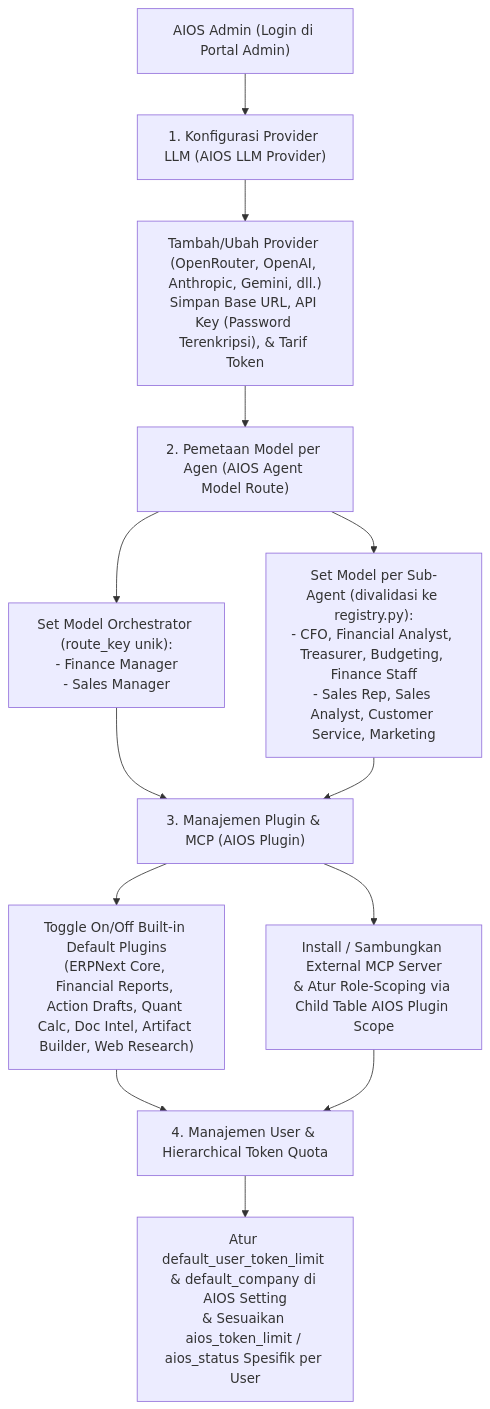
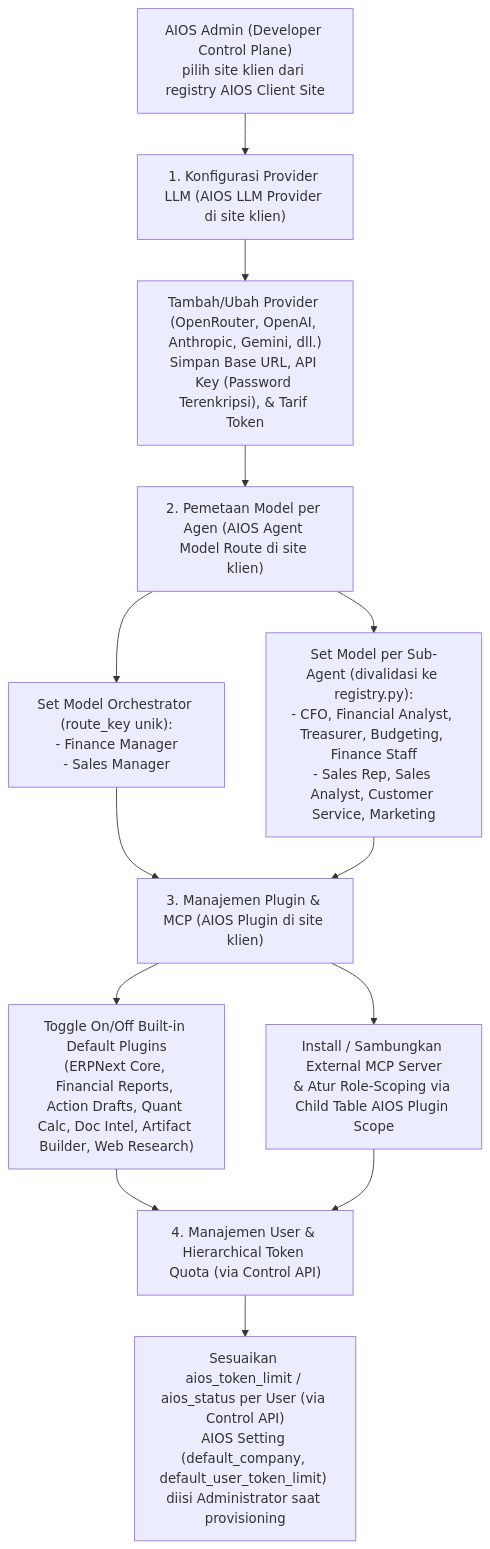
The second of 7 diagrams in docs/04-alur-kerja-sistem.md (Tenshi1308/aios-frappe-16), drawn with Mermaid before and after one commit. The commit also changed other lines of this file and 7 other files, not shown here.

First line of the commit message:
docs(spec): developer control plane + koreksi izin AIOS Control

````diff
--- a/docs/04-alur-kerja-sistem.md
+++ b/docs/04-alur-kerja-sistem.md
@@ -52,15 +56,15 @@
 ```mermaid
 flowchart TD
-    Admin["AIOS Admin (Login di Portal Admin)"] --> Prov["1. Konfigurasi Provider LLM (AIOS LLM Provider)"]
+    Admin["AIOS Admin (Developer Control Plane)<br/>pilih site klien dari registry AIOS Client Site"] --> Prov["1. Konfigurasi Provider LLM (AIOS LLM Provider di site klien)"]
     Prov --> ProvDetail["Tambah/Ubah Provider (OpenRouter, OpenAI, Anthropic, Gemini, dll.)\nSimpan Base URL, API Key (Password Terenkripsi), & Tarif Token"]
-    ProvDetail --> Route["2. Pemetaan Model per Agen (AIOS Agent Model Route)"]
+    ProvDetail --> Route["2. Pemetaan Model per Agen (AIOS Agent Model Route di site klien)"]
     Route --> RouteOrch["Set Model Orchestrator (route_key unik):\n- Finance Manager\n- Sales Manager"]
     Route --> RouteSub["Set Model per Sub-Agent (divalidasi ke registry.py):\n- CFO, Financial Analyst, Treasurer, Budgeting, Finance Staff\n- Sales Rep, Sales Analyst, Customer Service, Marketing"]
-    RouteOrch --> Plugin["3. Manajemen Plugin & MCP (AIOS Plugin)"]
+    RouteOrch --> Plugin["3. Manajemen Plugin & MCP (AIOS Plugin di site klien)"]
     RouteSub --> Plugin
     Plugin --> PluginBuiltIn["Toggle On/Off Built-in Default Plugins\n(ERPNext Core, Financial Reports, Action Drafts, Quant Calc, Doc Intel, Artifact Builder, Web Research)"]
     Plugin --> PluginExt["Install / Sambungkan External MCP Server\n& Atur Role-Scoping via Child Table AIOS Plugin Scope"]
-    PluginBuiltIn --> Quota["4. Manajemen User & Hierarchical Token Quota"]
+    PluginBuiltIn --> Quota["4. Manajemen User & Hierarchical Token Quota (via Control API)"]
     PluginExt --> Quota
-    Quota --> QuotaDetail["Atur default_user_token_limit & default_company di AIOS Setting\n& Sesuaikan aios_token_limit / aios_status Spesifik per User"]
+    Quota --> QuotaDetail["Sesuaikan aios_token_limit / aios_status per User (via Control API)\nAIOS Setting (default_company, default_user_token_limit) diisi Administrator saat provisioning"]
 ```
````
